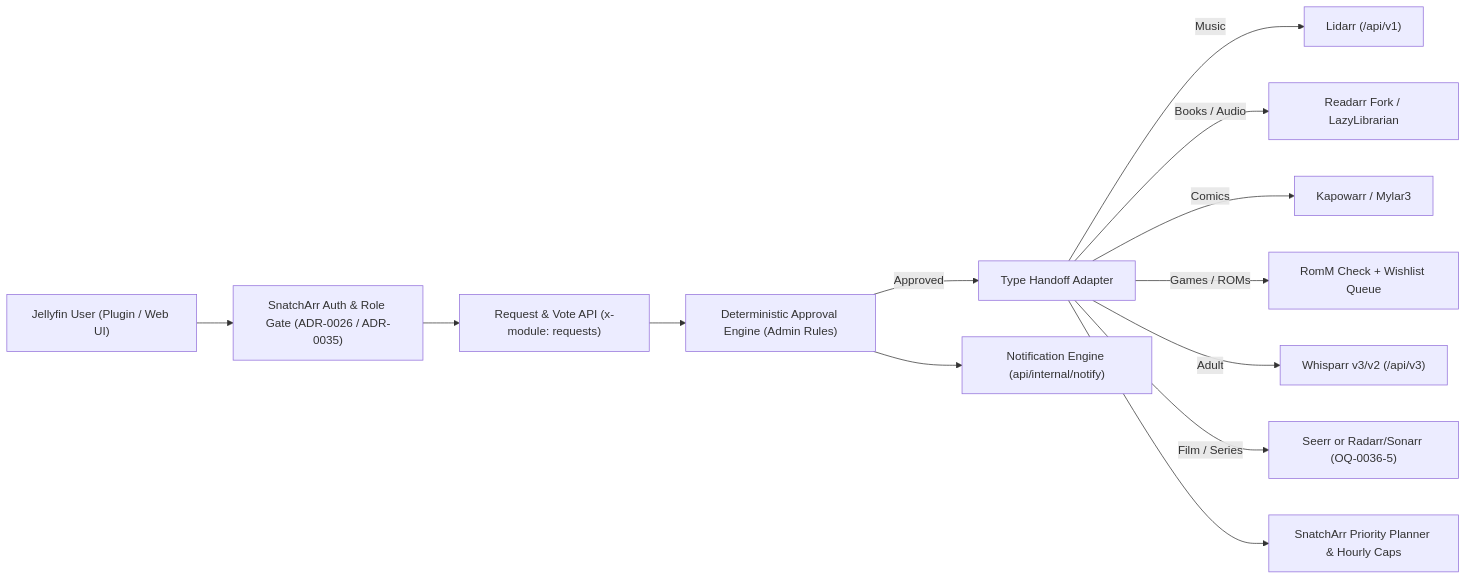
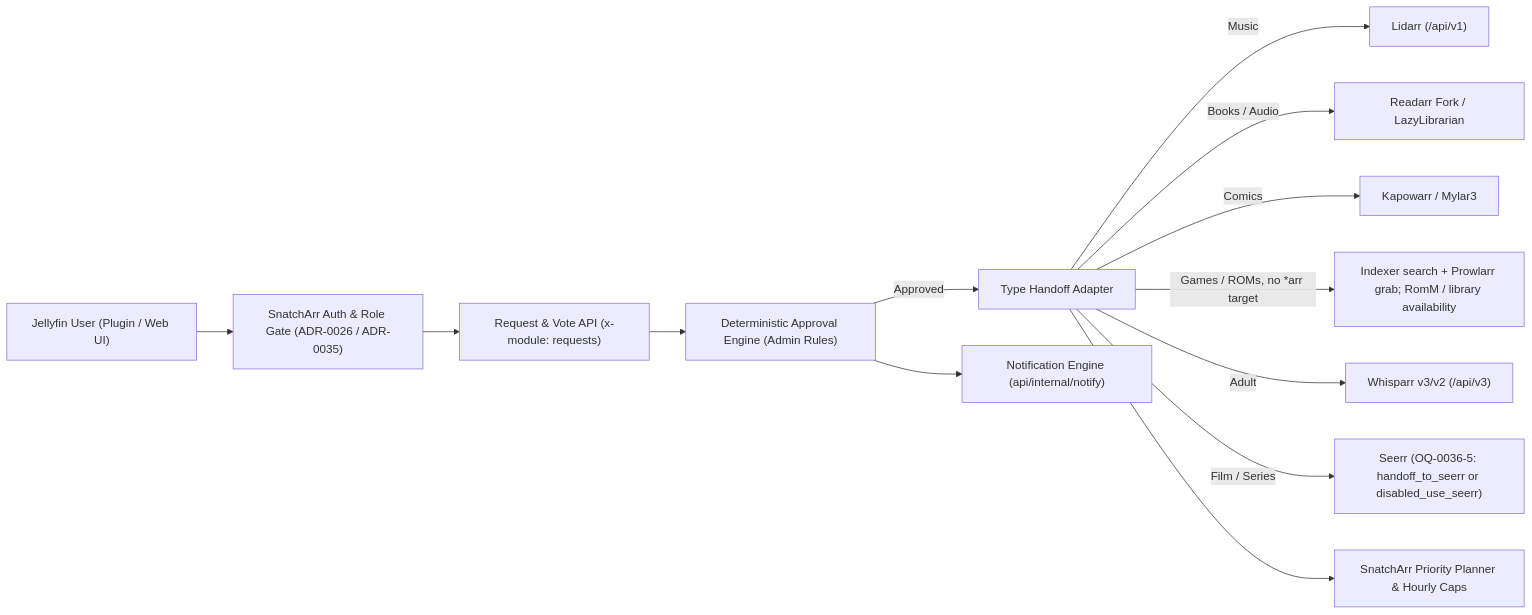
The first of 2 diagrams in docs/adr/0036-community-requests-and-voting.md (lusoris/SnatchArr), drawn with Mermaid before and after one commit. The commit also changed other lines of this file and 2 other files, not shown here.

````diff
--- a/docs/adr/0036-community-requests-and-voting.md
+++ b/docs/adr/0036-community-requests-and-voting.md
@@ -121,15 +121,15 @@
 ```mermaid
 flowchart LR
   JF["Jellyfin User (Plugin / Web UI)"] --> AUTH["SnatchArr Auth & Role Gate (ADR-0026 / ADR-0035)"]
   AUTH --> REQ["Request & Vote API (x-module: requests)"]
   REQ --> ENG["Deterministic Approval Engine (Admin Rules)"]
   ENG -->|Approved| HAND["Type Handoff Adapter"]
   HAND -->|Music| LID["Lidarr (/api/v1)"]
   HAND -->|Books / Audio| READ["Readarr Fork / LazyLibrarian"]
   HAND -->|Comics| KAP["Kapowarr / Mylar3"]
-  HAND -->|Games / ROMs| ROMM["RomM Check + Wishlist Queue"]
+  HAND -->|Games / ROMs, no *arr target| GRAB["Indexer search + Prowlarr grab; RomM / library availability"]
   HAND -->|Adult| WHISP["Whisparr v3/v2 (/api/v3)"]
-  HAND -->|Film / Series| SEERR["Seerr or Radarr/Sonarr (OQ-0036-5)"]
+  HAND -->|Film / Series| SEERR["Seerr (OQ-0036-5: handoff_to_seerr or disabled_use_seerr)"]
   HAND --> PLAN["SnatchArr Priority Planner & Hourly Caps"]
   ENG --> NOTIFY["Notification Engine (api/internal/notify)"]
 ```
````
